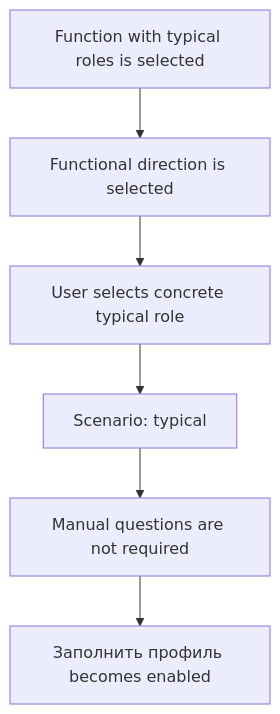
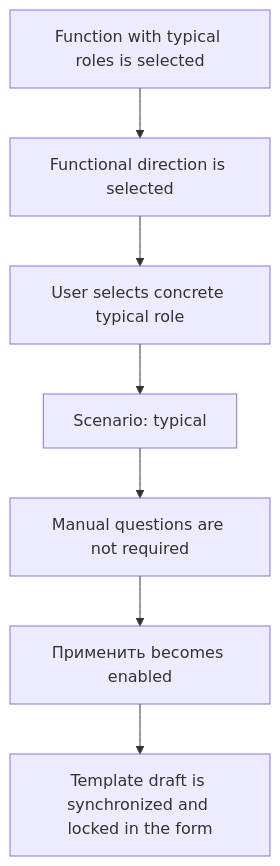
The fourth of 7 diagrams in docs/components/profile-survey/user-flows.md (Anton-Sukhankin/HR-Profiling-Block), drawn with Mermaid before and after one commit. The commit also changed other lines of this file and 12 other files, not shown here.

````diff
--- a/docs/components/profile-survey/user-flows.md
+++ b/docs/components/profile-survey/user-flows.md
@@ -46,8 +48,9 @@
 ```mermaid
 flowchart TD
   A["Function with typical roles is selected"] --> B["Functional direction is selected"]
   B --> C["User selects concrete typical role"]
   C --> D["Scenario: typical"]
   D --> E["Manual questions are not required"]
-  E --> F["Заполнить профиль becomes enabled"]
+  E --> F["Применить becomes enabled"]
+  F --> G["Template draft is synchronized and locked in the form"]
 ```
````
